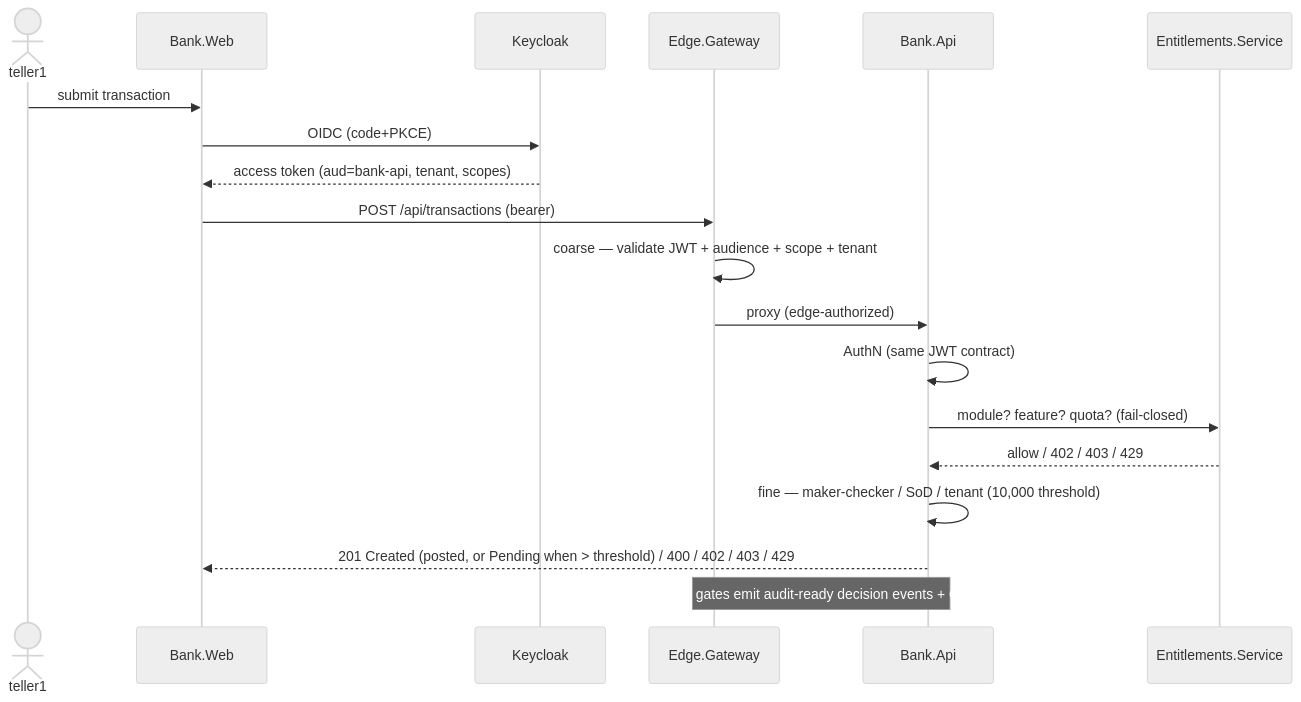
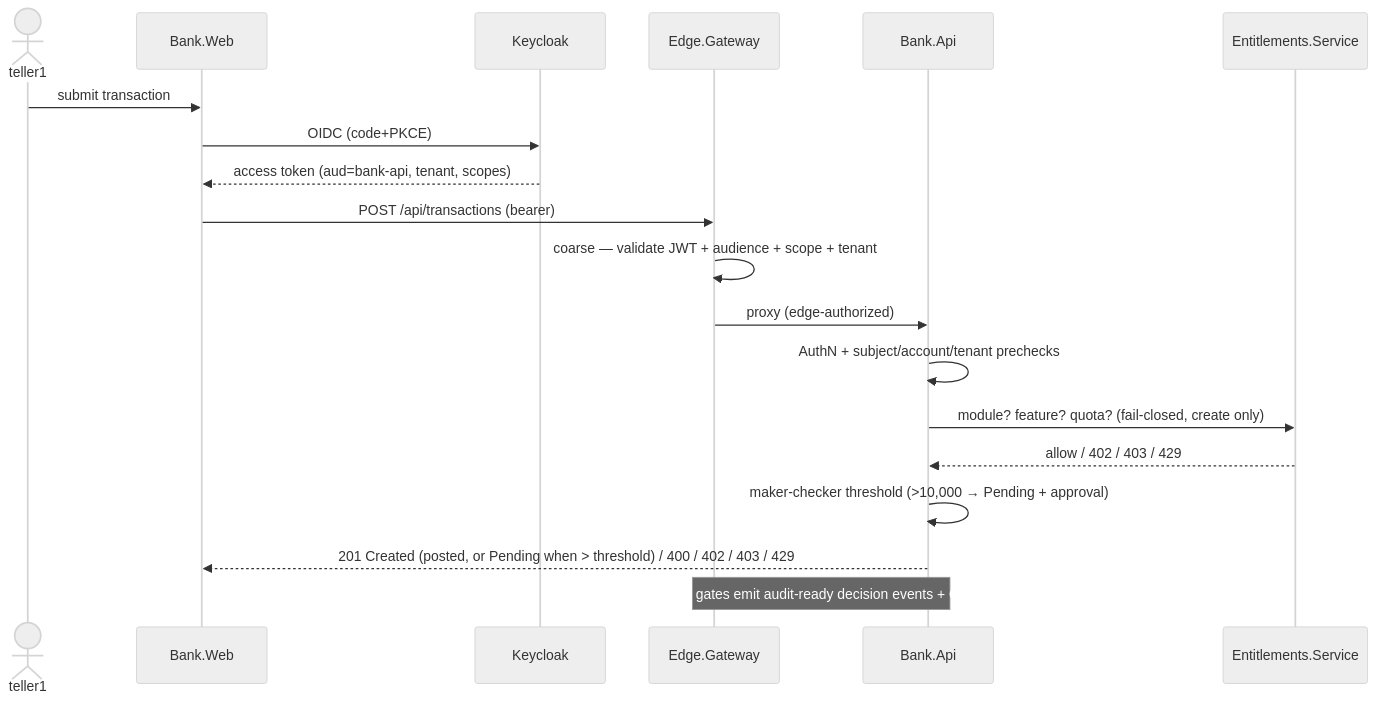
The second of 5 diagrams in ARCHITECTURE.md (henrik-me/authzandentitlements), drawn with Mermaid (neutral theme) before and after one commit. The commit also changed other lines of this file and 1 other file, not shown here.

````diff
--- a/ARCHITECTURE.md
+++ b/ARCHITECTURE.md
@@ -156,21 +156,21 @@
 ```mermaid
 sequenceDiagram
   actor U as teller1
   participant WEB as Bank.Web
   participant KC as Keycloak
   participant EG as Edge.Gateway
   participant API as Bank.Api
   participant ENT as Entitlements.Service
   U->>WEB: submit transaction
   WEB->>KC: OIDC (code+PKCE)
   KC-->>WEB: access token (aud=bank-api, tenant, scopes)
   WEB->>EG: POST /api/transactions (bearer)
   EG->>EG: coarse — validate JWT + audience + scope + tenant
   EG->>API: proxy (edge-authorized)
-  API->>API: AuthN (same JWT contract)
-  API->>ENT: module? feature? quota? (fail-closed)
+  API->>API: AuthN + subject/account/tenant prechecks
+  API->>ENT: module? feature? quota? (fail-closed, create only)
   ENT-->>API: allow / 402 / 403 / 429
-  API->>API: fine — maker-checker / SoD / tenant (10,000 threshold)
+  API->>API: maker-checker threshold (>10,000 → Pending + approval)
   API-->>WEB: 201 Created (posted, or Pending when > threshold) / 400 / 402 / 403 / 429
   Note over EG,API: both gates emit audit-ready decision events + OTel
 ```
````
